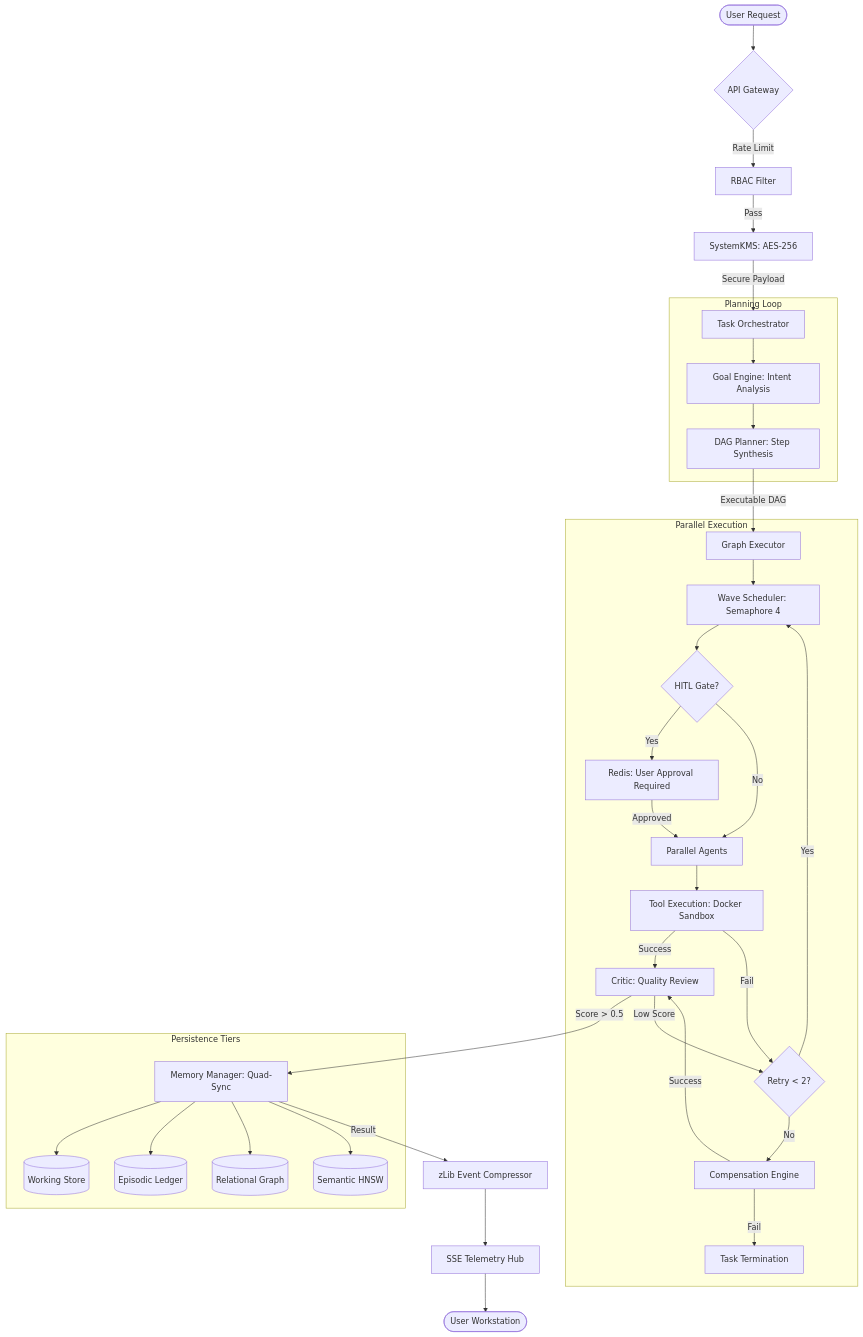
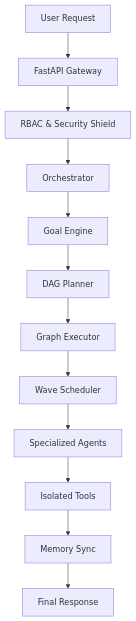
Before and after one commit to Blackdrg/levi-ai-innovate: the first of 3 diagrams in README.md, drawn with Mermaid. The commit also changed other lines of this file and 19 other files, not shown here.

````diff
--- a/README.md
+++ b/README.md
@@ -176,44 +53,14 @@
 ```mermaid
 graph TD
-    User([User Request]) --> Gateway{API Gateway}
-    Gateway -- "Rate Limit" --> RBAC[RBAC Filter]
-    RBAC -- "Pass" --> KMS[SystemKMS: AES-256]
-    KMS -- "Secure Payload" --> Orchestrator[Task Orchestrator]
-    
-    subgraph "Planning Loop"
-        Orchestrator --> Goal[Goal Engine: Intent Analysis]
-        Goal --> Planner[DAG Planner: Step Synthesis]
-    end
-    
-    Planner -- "Executable DAG" --> Executor[Graph Executor]
-    
-    subgraph "Parallel Execution"
-        Executor --> Wave[Wave Scheduler: Semaphore 4]
-        Wave --> HITL{HITL Gate?}
-        HITL -- "Yes" --> Approval[Redis: User Approval Required]
-        Approval -- "Approved" --> Agents[Parallel Agents]
-        HITL -- "No" --> Agents
-        
-        Agents --> Tool[Tool Execution: Docker Sandbox]
-        Tool -- "Success" --> Evaluate[Critic: Quality Review]
-        Tool -- "Fail" --> Retry{Retry < 2?}
-        Retry -- "Yes" --> Wave
-        Retry -- "No" --> Compensate[Compensation Engine]
-        Compensate -- "Success" --> Evaluate
-        Compensate -- "Fail" --> Terminate[Task Termination]
-    end
-    
-    Evaluate -- "Score > 0.5" --> Persist[Memory Manager: Quad-Sync]
-    Evaluate -- "Low Score" --> Retry
-    
-    subgraph "Persistence Tiers"
-        Persist --> Redis[(Working Store)]
-        Persist --> Postgres[(Episodic Ledger)]
-        Persist --> Neo4j[(Relational Graph)]
-        Persist --> HNSW[(Semantic HNSW)]
-    end
-    
-    Persist -- "Result" --> Zlib[zLib Event Compressor]
-    Zlib --> SSE[SSE Telemetry Hub]
-    SSE --> Response([User Workstation])
+    User[User Request] --> Gateway[FastAPI Gateway]
+    Gateway --> Auth[RBAC & Security Shield]
+    Auth --> Orchestrator[Orchestrator]
+    Orchestrator --> Goal[Goal Engine]
+    Goal --> Planner[DAG Planner]
+    Planner --> Executor[Graph Executor]
+    Executor --> Wave[Wave Scheduler]
+    Wave --> Agents[Specialized Agents]
+    Agents --> Tools[Isolated Tools]
+    Tools --> Memory[Memory Sync]
+    Memory --> Response[Final Response]
 ```
````
